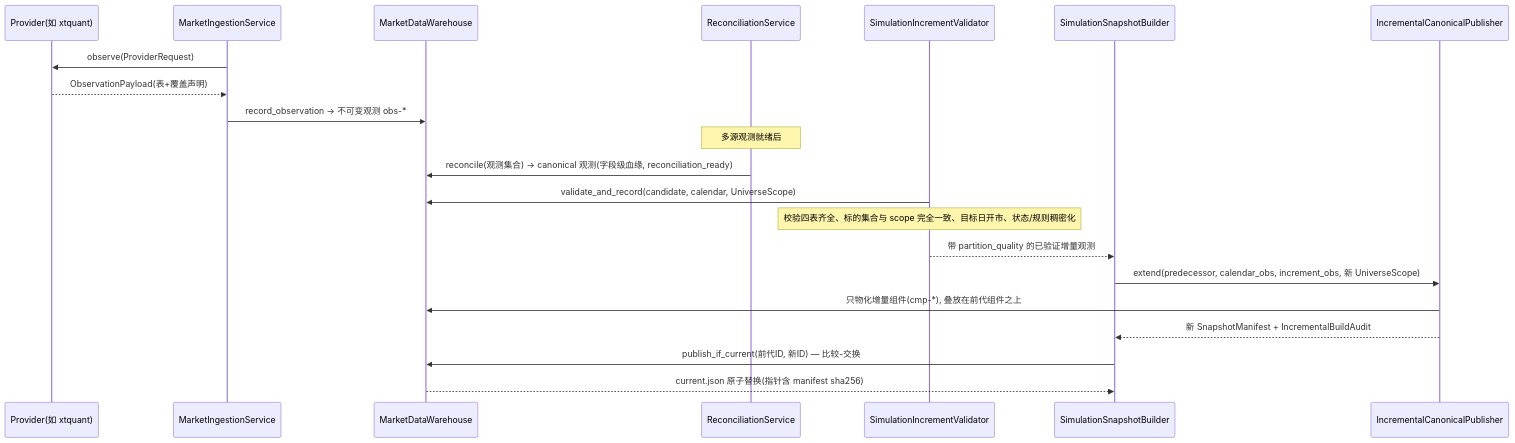
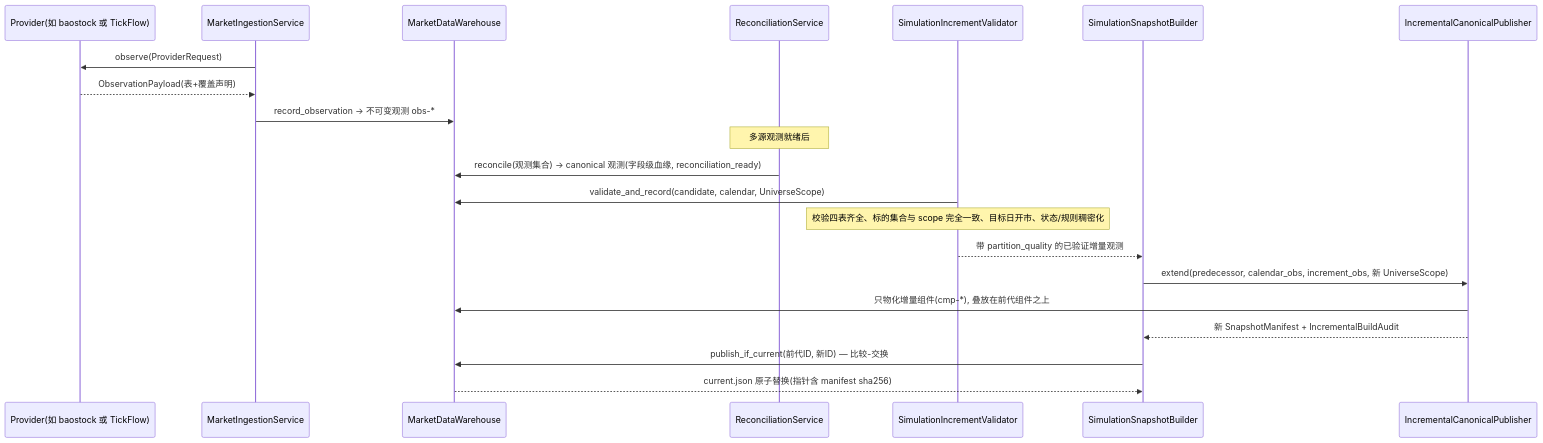
The first of 2 diagrams in docs/architecture/01-marketdata.md (zhan7653/miniQMT), drawn with Mermaid before and after one commit. The commit also changed other lines of this file and 22 other files, not shown here.

````diff
--- a/docs/architecture/01-marketdata.md
+++ b/docs/architecture/01-marketdata.md
@@ -47,23 +47,23 @@
 ```mermaid
 sequenceDiagram
-    participant P as Provider(如 xtquant)
+    participant P as Provider(如 baostock 或 TickFlow)
     participant I as MarketIngestionService
     participant W as MarketDataWarehouse
     participant R as ReconciliationService
     participant V as SimulationIncrementValidator
     participant B as SimulationSnapshotBuilder
     participant K as IncrementalCanonicalPublisher
     I->>P: observe(ProviderRequest)
     P-->>I: ObservationPayload(表+覆盖声明)
     I->>W: record_observation → 不可变观测 obs-*
     Note over R: 多源观测就绪后
     R->>W: reconcile(观测集合) → canonical 观测(字段级血缘, reconciliation_ready)
     V->>W: validate_and_record(candidate, calendar, UniverseScope)
     Note over V: 校验四表齐全、标的集合与 scope 完全一致、目标日开市、状态/规则稠密化
     V-->>B: 带 partition_quality 的已验证增量观测
     B->>K: extend(predecessor, calendar_obs, increment_obs, 新 UniverseScope)
     K->>W: 只物化增量组件(cmp-*), 叠放在前代组件之上
     K-->>B: 新 SnapshotManifest + IncrementalBuildAudit
     B->>W: publish_if_current(前代ID, 新ID) — 比较-交换
     W-->>B: current.json 原子替换(指针含 manifest sha256)
 ```
````
